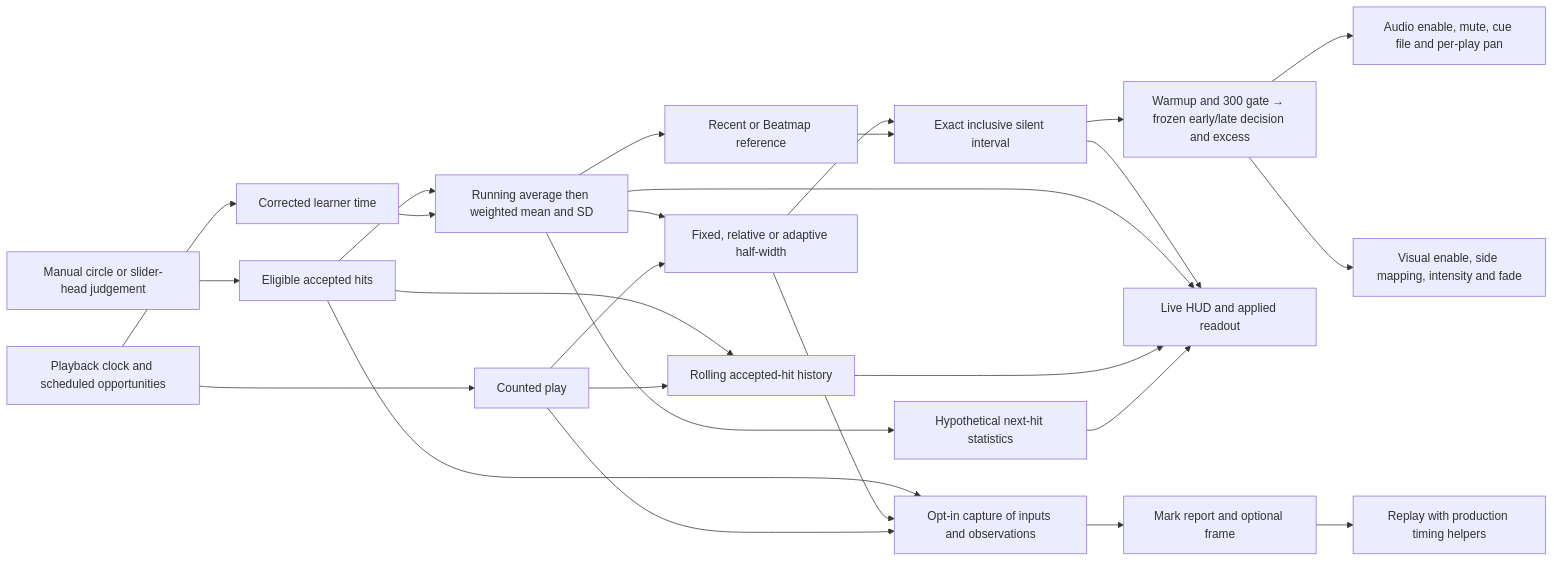
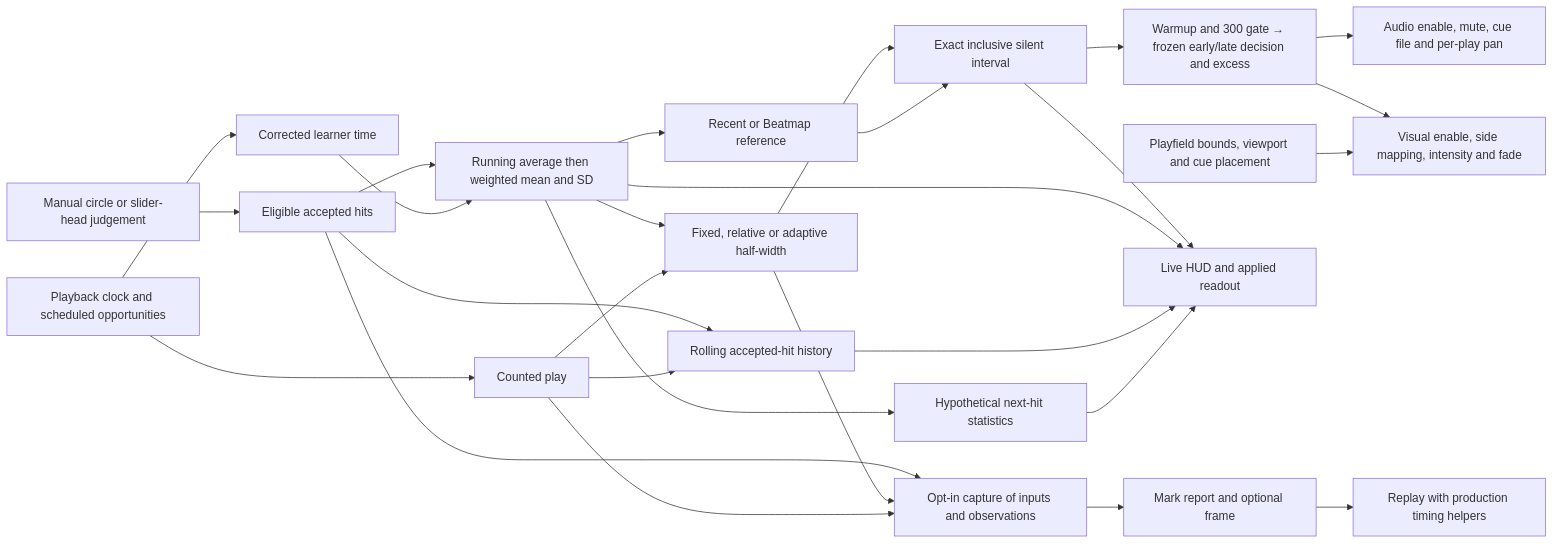
One commit to igeorges1/McOsu changed the diagram in docs/timing-audio.md. Above: the diagram before and after it, drawn with Mermaid. The commit also changed other lines of this file and 6 other files, not shown here.

Commit message:
Account for horizontal playfield stretch in cue confinement

````diff
--- a/docs/timing-audio.md
+++ b/docs/timing-audio.md
@@ -11,28 +11,29 @@
 ```mermaid
 flowchart LR
     A["Manual circle or slider-head judgement"] --> B["Eligible accepted hits"]
     T["Playback clock and scheduled opportunities"] --> C["Corrected learner time"]
     T --> I["Counted play"]
     B --> L["Running average then weighted mean and SD"]
     C --> L
     L --> R["Recent or Beatmap reference"]
     L --> W["Fixed, relative or adaptive half-width"]
     I --> W
     W --> X["Exact inclusive silent interval"]
     R --> X
     X --> Q["Warmup and 300 gate → frozen early/late decision and excess"]
     Q --> S["Audio enable, mute, cue file and per-play pan"]
     Q --> J["Visual enable, side mapping, intensity and fade"]
+    G["Playfield bounds, viewport and cue placement"] --> J
     X --> H["Live HUD and applied readout"]
     B --> D["Rolling accepted-hit history"]
     I --> D
     L --> F["Hypothetical next-hit statistics"]
     L --> H
     D --> H
     F --> H
     B --> P["Opt-in capture of inputs and observations"]
     W --> P
     I --> P
     P --> M["Mark report and optional frame"]
     M --> V["Replay with production timing helpers"]
 ```
````
